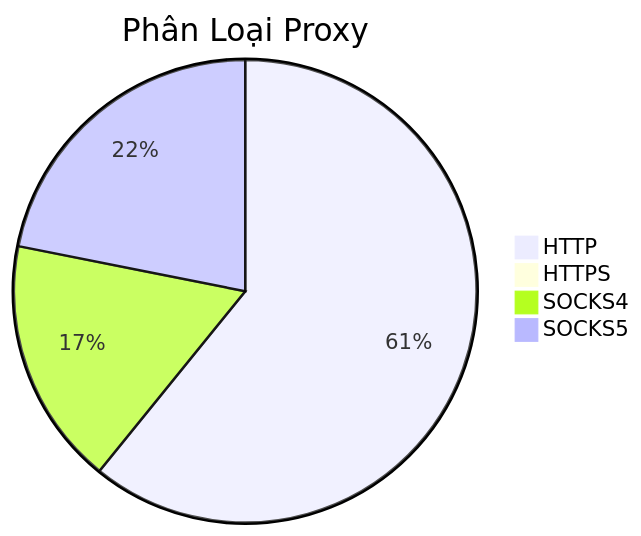
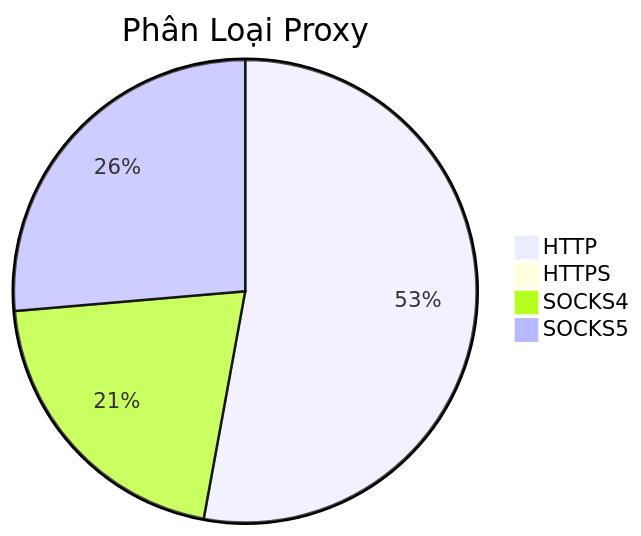
Before and after one commit to Ciara-12/PROXY-free: the diagram in README.md, drawn with Mermaid. The commit also changed other lines of this file and 4 other files, not shown here.

````diff
--- a/README.md
+++ b/README.md
@@ -26,7 +26,7 @@
 ```mermaid
 pie title Phân Loại Proxy
-    "HTTP" : 993
-    "HTTPS" : 2
-    "SOCKS4" : 282
-    "SOCKS5" : 357
+    "HTTP" : 708
+    "HTTPS" : 0
+    "SOCKS4" : 278
+    "SOCKS5" : 353
 ```
````
